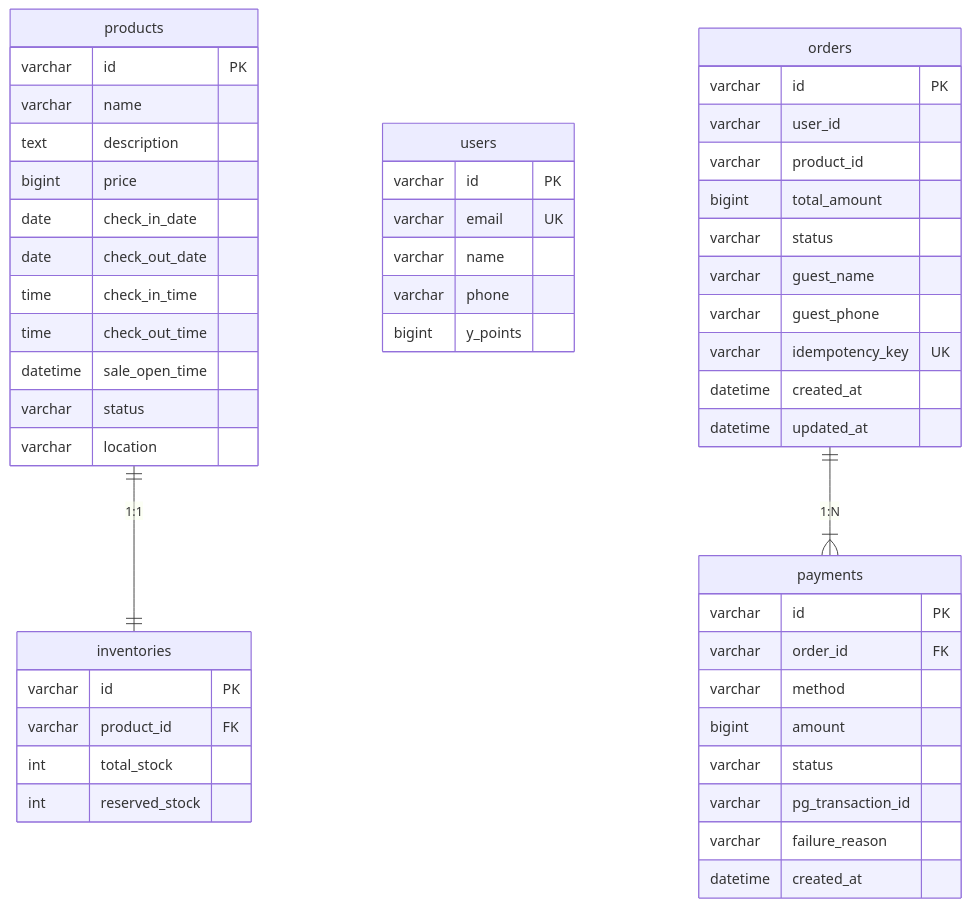
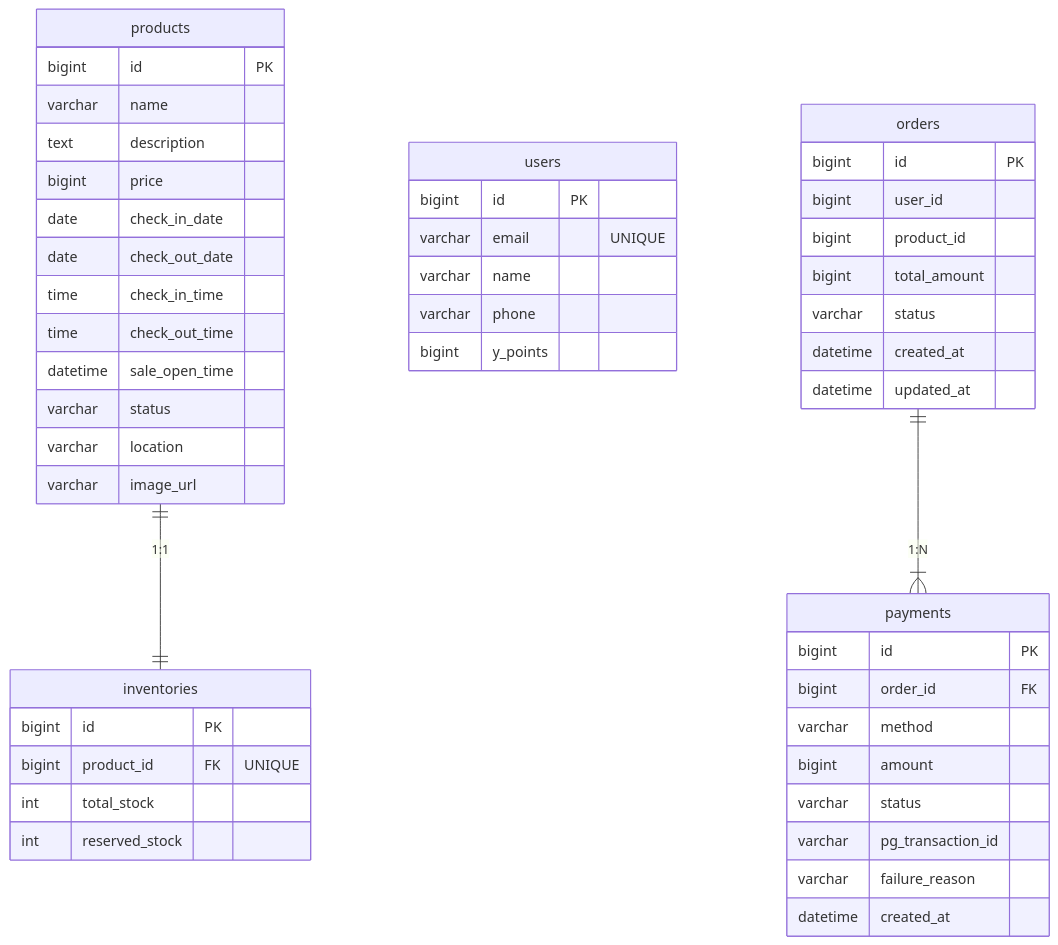
The third of 3 diagrams in README.md (arsgsg1/mybooking), drawn with Mermaid before and after one commit. The commit also changed other lines of this file, not shown here.

````diff
--- a/README.md
+++ b/README.md
@@ -267,58 +433,56 @@
 ```mermaid
 erDiagram
     products {
-        varchar id PK
+        bigint id PK
         varchar name
         text description
         bigint price
         date check_in_date
         date check_out_date
         time check_in_time
         time check_out_time
         datetime sale_open_time
         varchar status
         varchar location
+        varchar image_url
     }
 
     inventories {
-        varchar id PK
-        varchar product_id FK
+        bigint id PK
+        bigint product_id FK "UNIQUE"
         int total_stock
         int reserved_stock
     }
 
     users {
-        varchar id PK
-        varchar email UK
+        bigint id PK
+        varchar email "UNIQUE"
         varchar name
         varchar phone
         bigint y_points
     }
 
     orders {
-        varchar id PK
-        varchar user_id
-        varchar product_id
+        bigint id PK
+        bigint user_id
+        bigint product_id
         bigint total_amount
         varchar status
-        varchar guest_name
-        varchar guest_phone
-        varchar idempotency_key UK
         datetime created_at
         datetime updated_at
     }
 
     payments {
-        varchar id PK
-        varchar order_id FK
+        bigint id PK
+        bigint order_id FK
         varchar method
         bigint amount
         varchar status
         varchar pg_transaction_id
         varchar failure_reason
         datetime created_at
     }
 
     products ||--|| inventories : "1:1"
     orders ||--|{ payments : "1:N"
 ```
````
